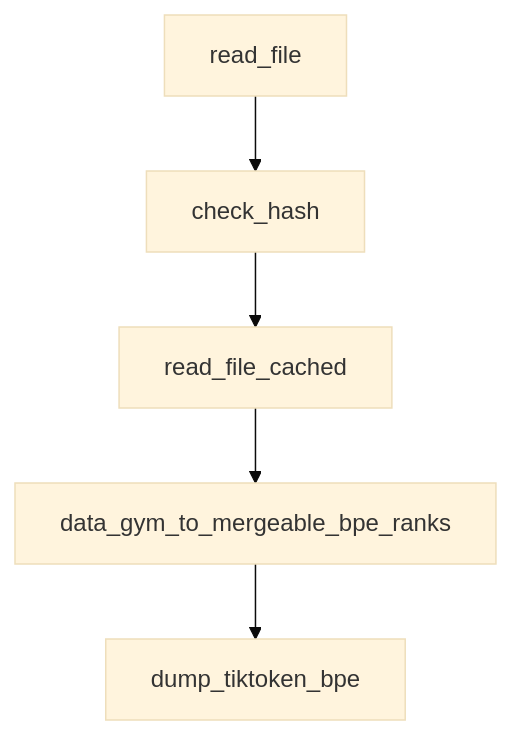
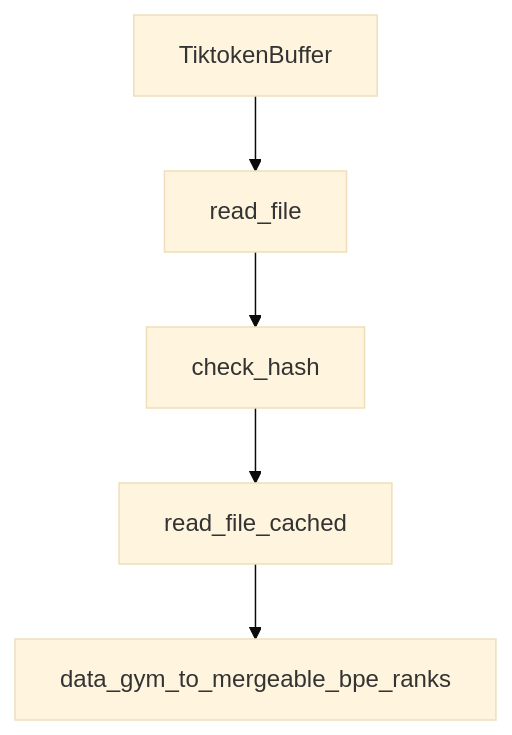
One commit to johnxie/awesome-code-docs changed the diagram in tutorials/tiktoken-tutorial/01-getting-started.md. Above: the diagram before and after it, drawn with Mermaid (base theme). The commit also changed other lines of this file and 1232 other files, not shown here.

````diff
--- a/tutorials/tiktoken-tutorial/01-getting-started.md
+++ b/tutorials/tiktoken-tutorial/01-getting-started.md
@@ -284,12 +282,12 @@
 ```mermaid
 flowchart TD
-    A[read_file]
-    B[check_hash]
-    C[read_file_cached]
-    D[data_gym_to_mergeable_bpe_ranks]
-    E[dump_tiktoken_bpe]
+    A[TiktokenBuffer]
+    B[read_file]
+    C[check_hash]
+    D[read_file_cached]
+    E[data_gym_to_mergeable_bpe_ranks]
     A --> B
     B --> C
     C --> D
     D --> E
 ```
````
